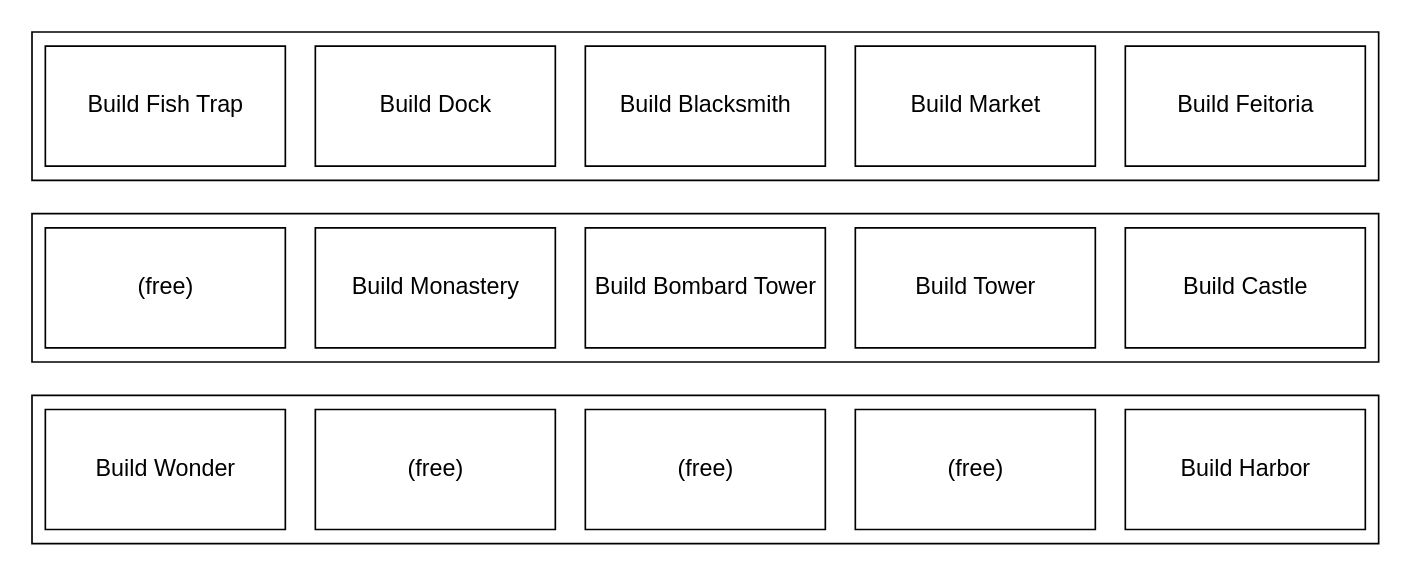
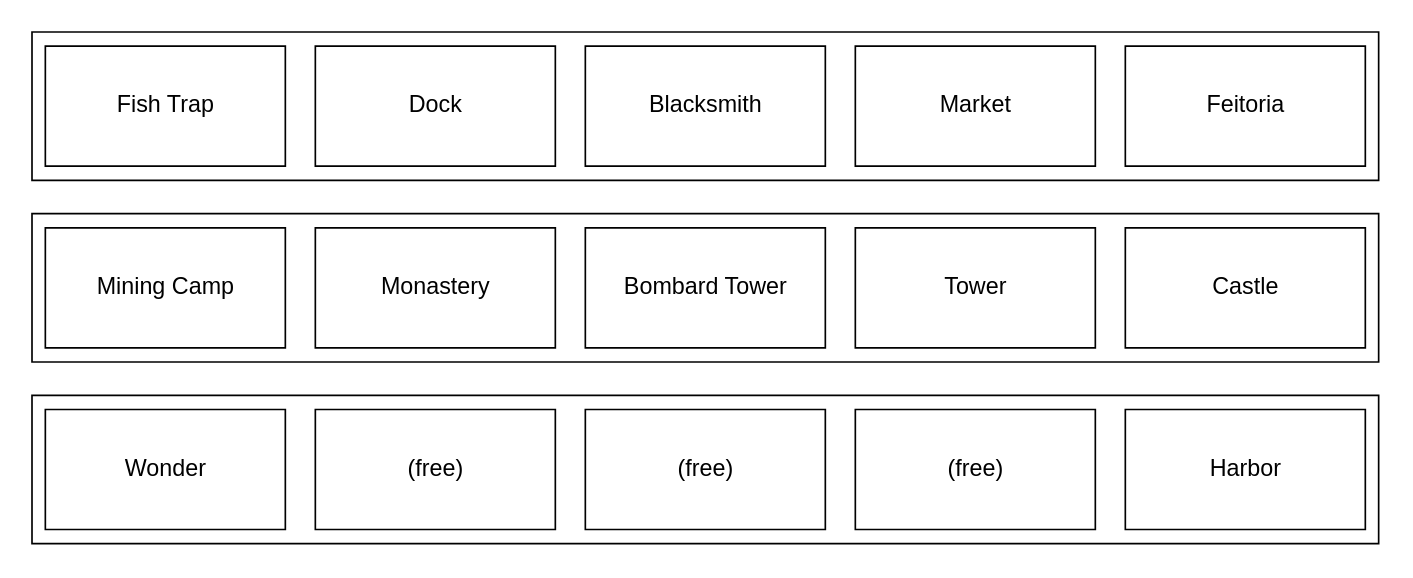
One commit to TheAgeOfCoding/age-hotkey-science changed the diagram in layer3.dot. Above: the diagram before and after it, drawn with Graphviz. The commit also changed 5 other files, not shown here.

```diff
--- a/layer3.dot
+++ b/layer3.dot
@@ -1,27 +1,27 @@
 digraph D {
     node [pin=true, width=2, height=1, shape=record, fixedsize=true, autosize=false, fontname="Arial"];
     subgraph cluster_0 {
-      e [label="Build Feitoria"];
-      d [label="Build Market"];
-      c [label="Build Blacksmith"];
-      b [label="Build Dock"];
-      a [label="Build Fish Trap"];
+      e [label="Feitoria"];
+      d [label="Market"];
+      c [label="Blacksmith"];
+      b [label="Dock"];
+      a [label="Fish Trap"];
     }
     subgraph cluster_1 {
-      j [label="Build Castle"];
-      i [label="Build Tower"];
-      h [label="Build Bombard Tower"];
-      g [label="Build Monastery"];
-      f [label="(free)"];
+      j [label="Castle"];
+      i [label="Tower"];
+      h [label="Bombard Tower"];
+      g [label="Monastery"];
+      f [label="Mining Camp"];
     }
 
     subgraph cluster_2 {
-      k [label="Build Harbor"];
+      k [label="Harbor"];
       l [label="(free)"];
       m [label="(free)"];
       n [label="(free)"];
-      o [label="Build Wonder"];
+      o [label="Wonder"];
     }
   a -> f [style=invis];
   j -> k [style=invis];
 }
```
